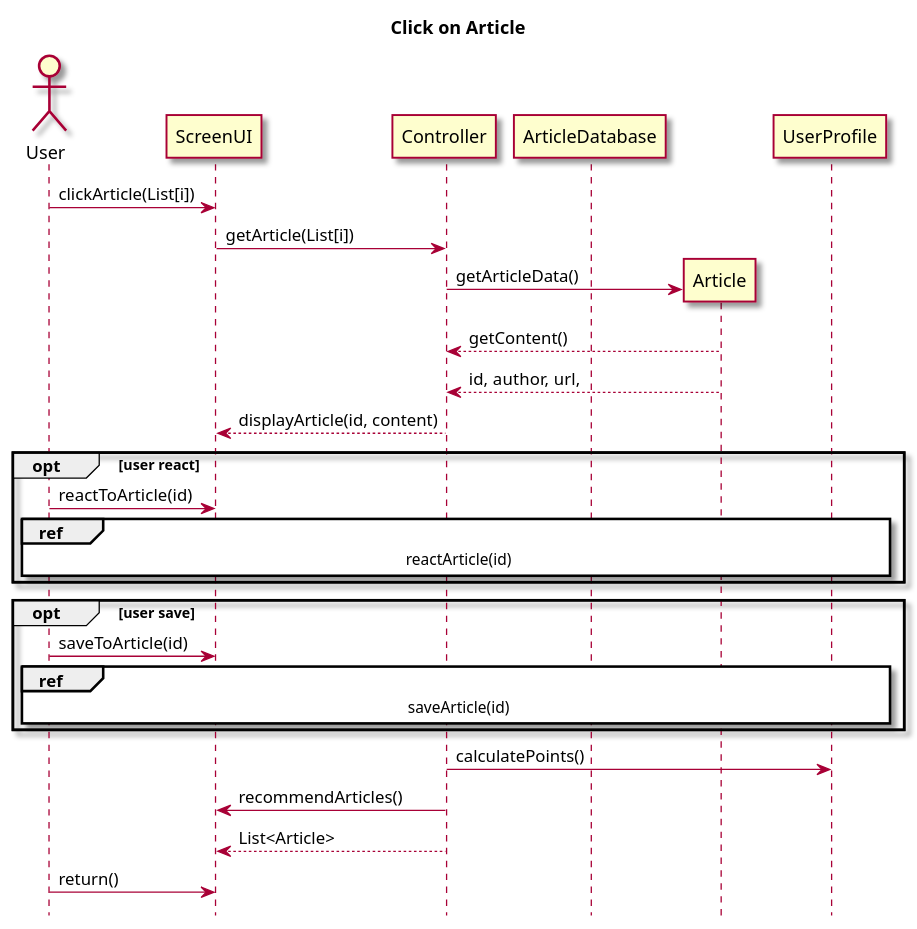
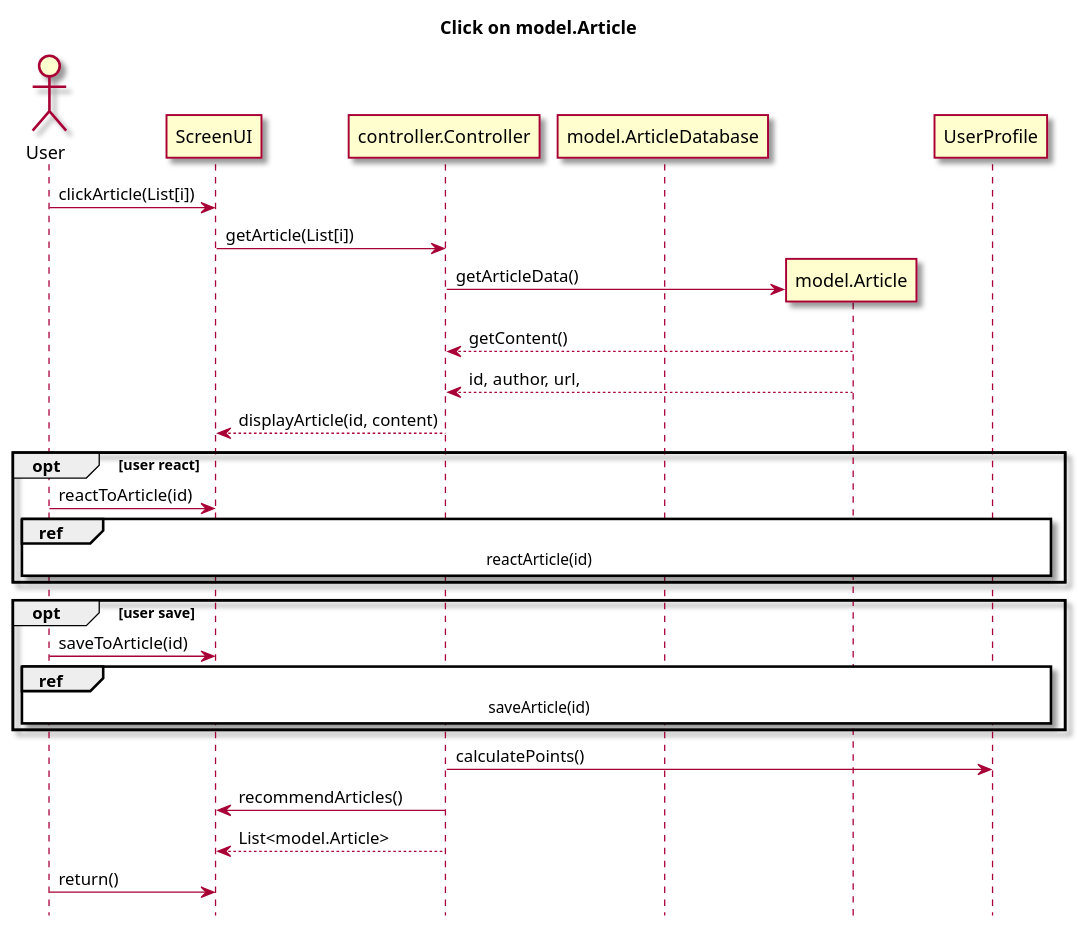
Before and after one commit to owhitleym-ui/EcoScoop: the third of 3 diagrams in intellij/doc/use-cases/access-article.md, drawn with PlantUML. The commit also changed other lines of this file and 72 other files, not shown here.

Commit message:
Refactored Code to Implemented Model View Controller

````diff
--- a/intellij/doc/use-cases/access-article.md
+++ b/intellij/doc/use-cases/access-article.md
@@ -96,47 +96,47 @@
 ```plantuml
 @startuml
 
-title Click on Article
+title Click on model.Article
 skin rose
 hide footbox
 
 actor User as user
-participant ScreenUI as UI
-participant Controller as controller
-participant ArticleDatabase as AD
+participant ScreenUI as view.UI
+participant controller.Controller as controller
+participant model.ArticleDatabase as AD
 
 
-user -> UI : clickArticle(List[i])
-UI -> controller : getArticle(List[i])
-controller -> Article ** : getArticleData()
+user -> view.UI : clickArticle(List[i])
+view.UI -> controller : getArticle(List[i])
+controller -> model.Article ** : getArticleData()
 
 
-Article --> controller : getContent()
-Article --> controller : id, author, url, 
-controller --> UI :displayArticle(id, content)
+model.Article --> controller : getContent()
+model.Article --> controller : id, author, url, 
+controller --> view.UI :displayArticle(id, content)
 
 participant UserProfile as UP
 
 opt user react
-user -> UI: reactToArticle(id)
-ref over user, controller, UI,UP
+user -> view.UI: reactToArticle(id)
+ref over user, controller, view.UI,UP
     reactArticle(id)
     end ref
 end
 
 opt user save
-user -> UI: saveToArticle(id)
-ref over user, controller, UI,UP
+user -> view.UI: saveToArticle(id)
+ref over user, controller, view.UI,UP
     saveArticle(id)
     end ref
 end
 
 controller -> UP : calculatePoints()
-controller -> UI : recommendArticles()
-controller --> UI: List<Article>
+controller -> view.UI : recommendArticles()
+controller --> view.UI: List<model.Article>
 
-user -> UI: return()
+user -> view.UI: return()
 
 
 @enduml
 ```
````
